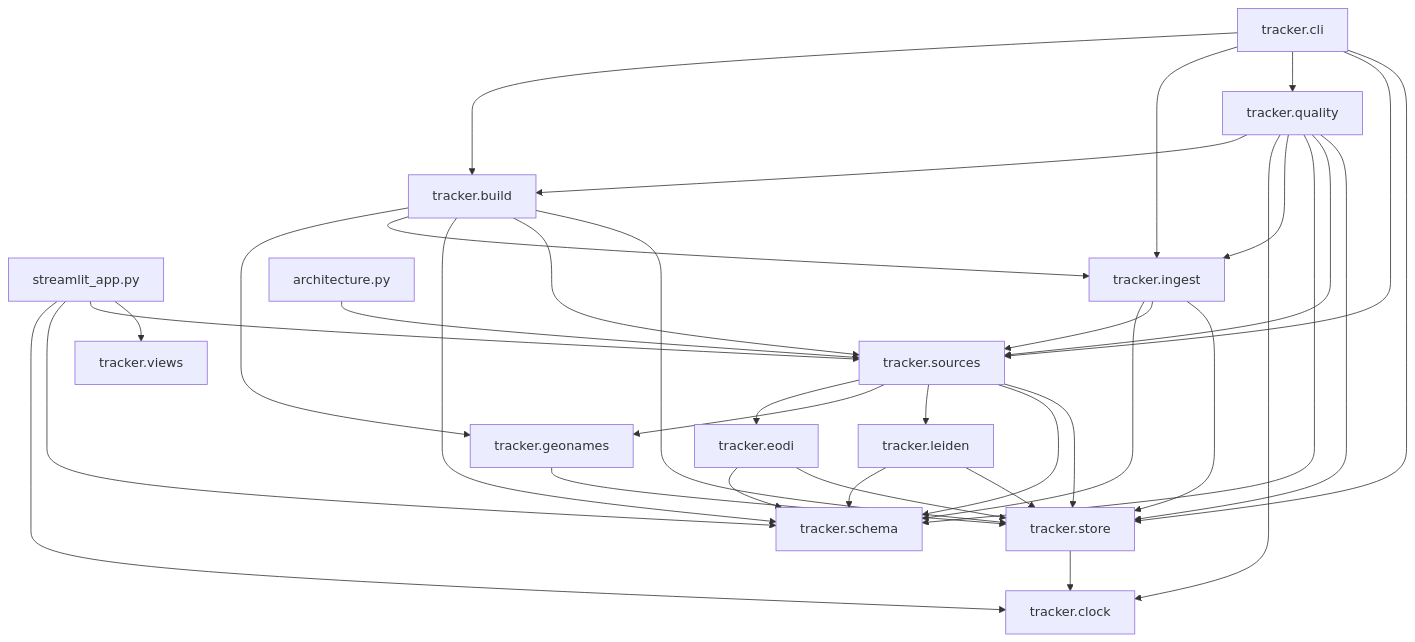
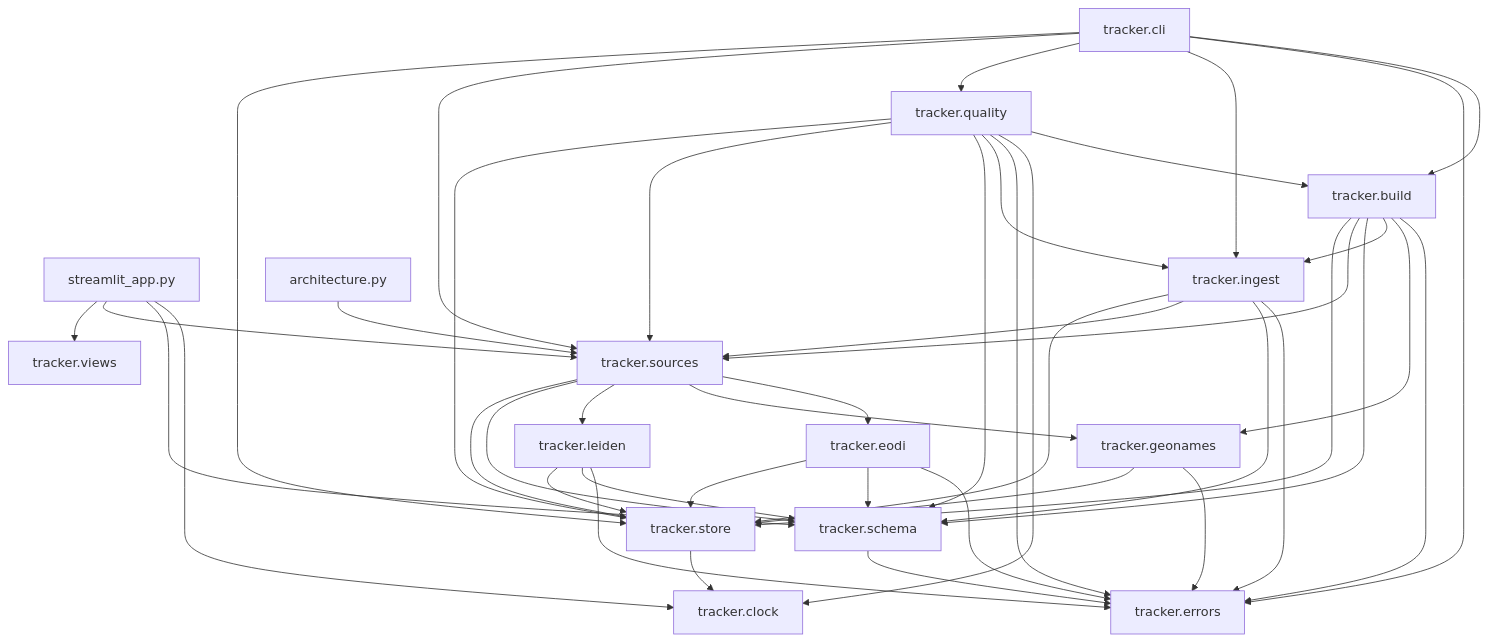
Before and after one commit to tryph0n/hybrid-tracker: the third of 3 diagrams in docs/architecture.md, drawn with Mermaid. The commit also changed other lines of this file and 10 other files, not shown here.

````diff
--- a/docs/architecture.md
+++ b/docs/architecture.md
@@ -151,52 +151,61 @@
 ```mermaid
 flowchart TB
   module_streamlit_app_py["streamlit_app.py"]
   module_tracker_build["tracker.build"]
   module_tracker_cli["tracker.cli"]
   module_tracker_clock["tracker.clock"]
   module_tracker_eodi["tracker.eodi"]
+  module_tracker_errors["tracker.errors"]
   module_tracker_geonames["tracker.geonames"]
   module_tracker_ingest["tracker.ingest"]
   module_tracker_leiden["tracker.leiden"]
   module_tracker_quality["tracker.quality"]
   module_tracker_schema["tracker.schema"]
   module_tracker_sources["tracker.sources"]
   module_tracker_store["tracker.store"]
   module_tracker_views["tracker.views"]
   module_architecture_py["architecture.py"]
   module_streamlit_app_py --> module_tracker_clock
   module_streamlit_app_py --> module_tracker_schema
   module_streamlit_app_py --> module_tracker_sources
   module_streamlit_app_py --> module_tracker_views
+  module_tracker_build --> module_tracker_errors
   module_tracker_build --> module_tracker_geonames
   module_tracker_build --> module_tracker_ingest
   module_tracker_build --> module_tracker_schema
   module_tracker_build --> module_tracker_sources
   module_tracker_build --> module_tracker_store
   module_tracker_cli --> module_tracker_build
+  module_tracker_cli --> module_tracker_errors
   module_tracker_cli --> module_tracker_ingest
   module_tracker_cli --> module_tracker_quality
   module_tracker_cli --> module_tracker_sources
   module_tracker_cli --> module_tracker_store
+  module_tracker_eodi --> module_tracker_errors
   module_tracker_eodi --> module_tracker_schema
   module_tracker_eodi --> module_tracker_store
+  module_tracker_geonames --> module_tracker_errors
   module_tracker_geonames --> module_tracker_store
+  module_tracker_ingest --> module_tracker_errors
   module_tracker_ingest --> module_tracker_schema
   module_tracker_ingest --> module_tracker_sources
   module_tracker_ingest --> module_tracker_store
+  module_tracker_leiden --> module_tracker_errors
   module_tracker_leiden --> module_tracker_schema
   module_tracker_leiden --> module_tracker_store
   module_tracker_quality --> module_tracker_build
   module_tracker_quality --> module_tracker_clock
+  module_tracker_quality --> module_tracker_errors
   module_tracker_quality --> module_tracker_ingest
   module_tracker_quality --> module_tracker_schema
   module_tracker_quality --> module_tracker_sources
   module_tracker_quality --> module_tracker_store
+  module_tracker_schema --> module_tracker_errors
   module_tracker_sources --> module_tracker_eodi
   module_tracker_sources --> module_tracker_geonames
   module_tracker_sources --> module_tracker_leiden
   module_tracker_sources --> module_tracker_schema
   module_tracker_sources --> module_tracker_store
   module_tracker_store --> module_tracker_clock
   module_architecture_py --> module_tracker_sources
 ```
````
